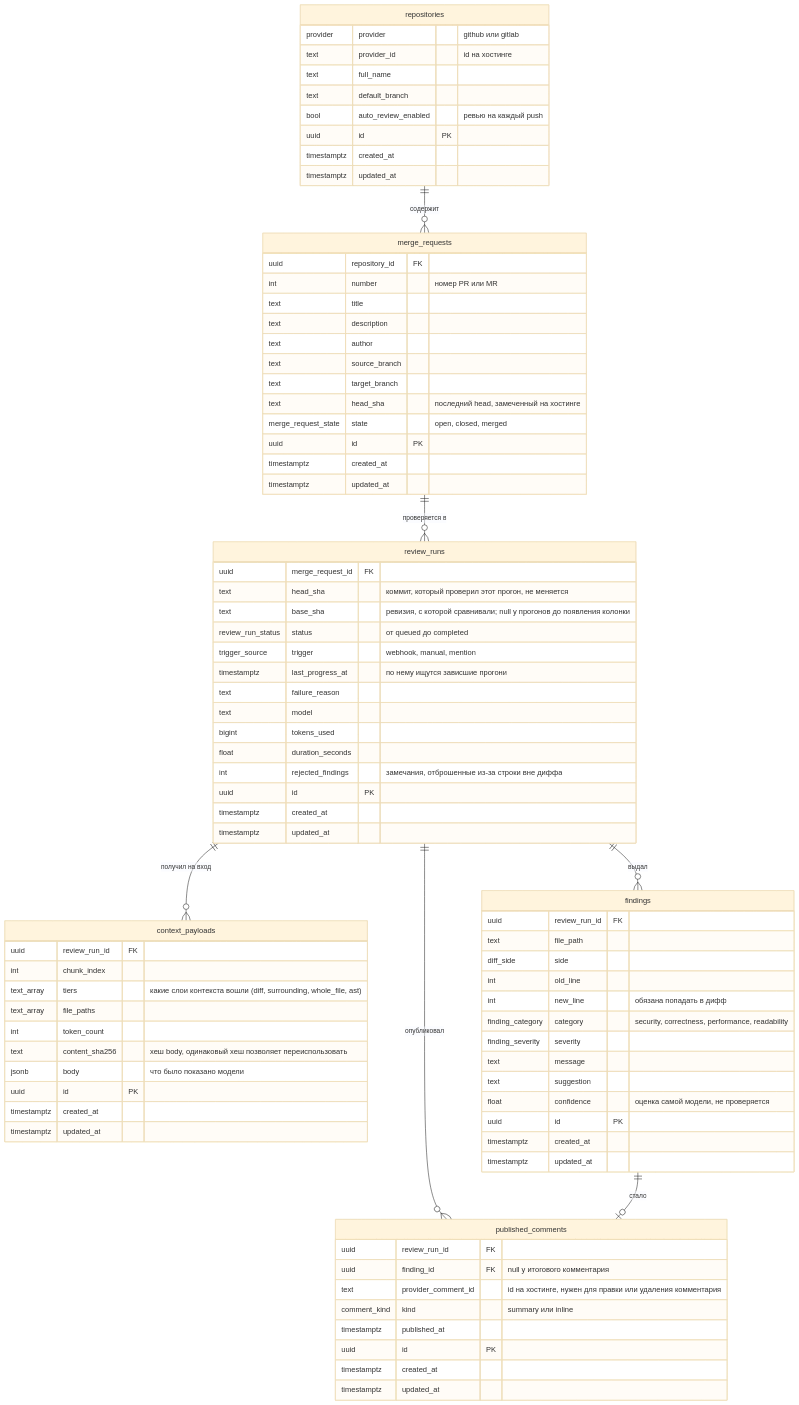
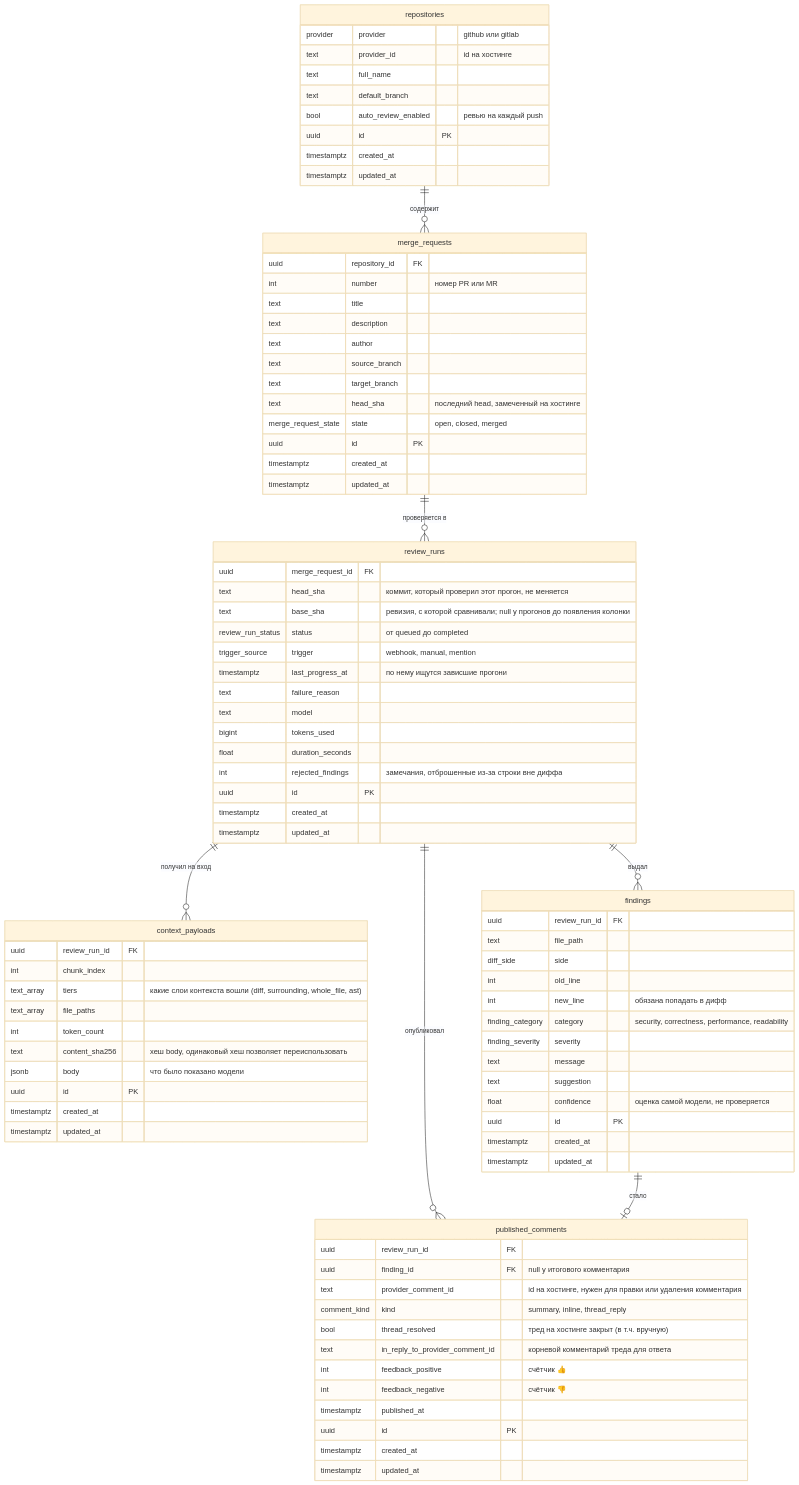
Before and after one commit to larchanka-training/dmc-268-api-t1: the diagram in docs/erd.md, drawn with Mermaid (base theme). The commit also changed other lines of this file and 41 other files, not shown here.

```diff
--- a/docs/erd.md
+++ b/docs/erd.md
@@ -88,7 +88,11 @@
         uuid review_run_id FK
         uuid finding_id FK "null у итогового комментария"
         text provider_comment_id "id на хостинге, нужен для правки или удаления комментария"
-        comment_kind kind "summary или inline"
+        comment_kind kind "summary, inline, thread_reply"
+        bool thread_resolved "тред на хостинге закрыт (в т.ч. вручную)"
+        text in_reply_to_provider_comment_id "корневой комментарий треда для ответа"
+        int feedback_positive "счётчик 👍"
+        int feedback_negative "счётчик 👎"
         timestamptz published_at
         uuid id PK
         timestamptz created_at
```
